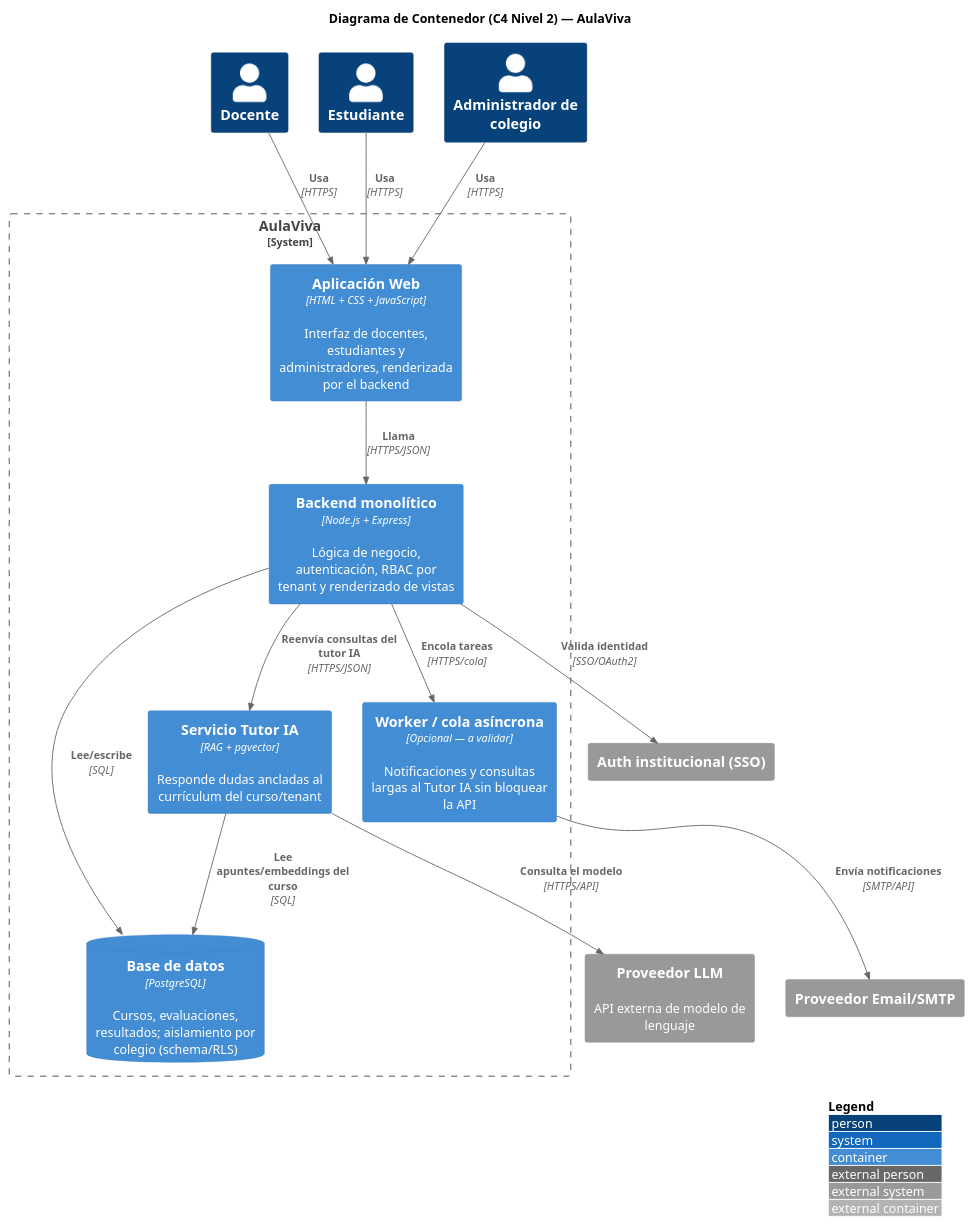
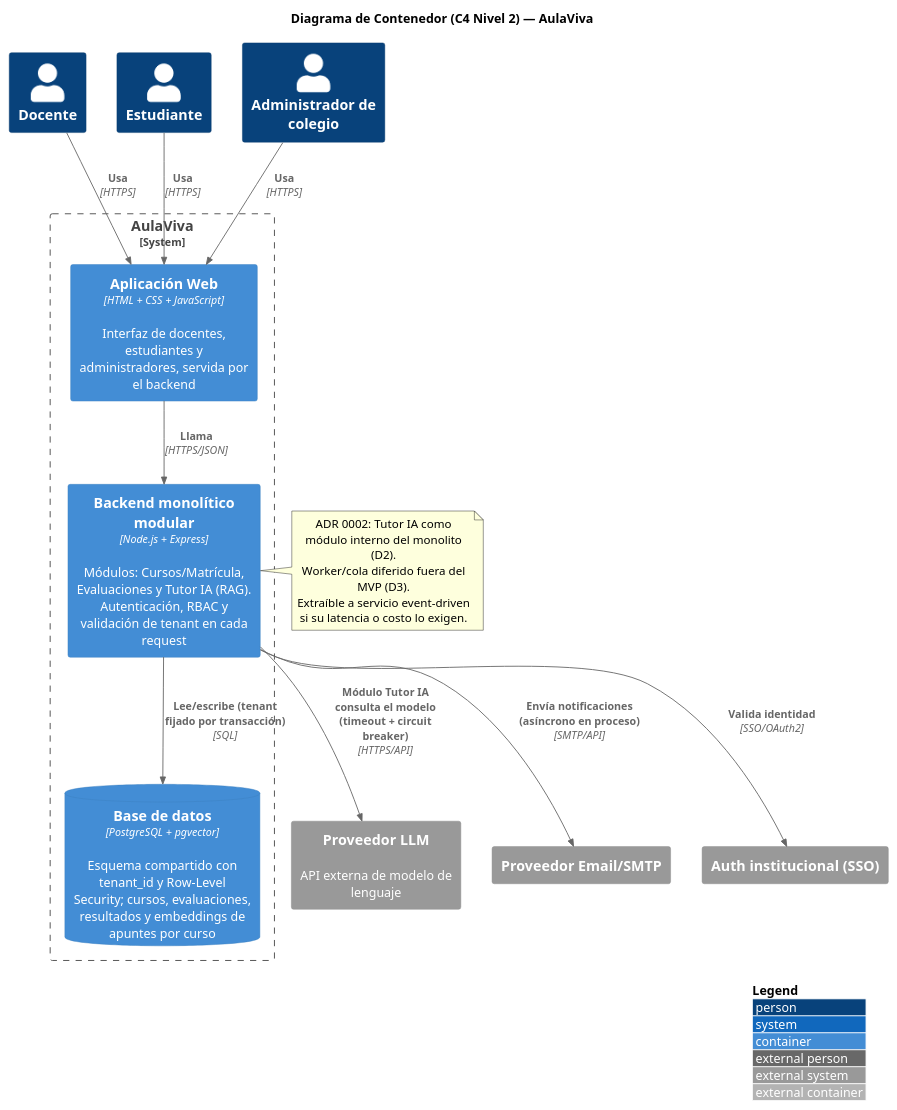
One commit to Erolayer-Cl/FeathersForAll changed the diagram in FeathersForAll/Documentos/c4/l2-container.puml. Above: the diagram before and after it, drawn with PlantUML. The commit also changed 6 other files, not shown here.

```diff
--- a/FeathersForAll/Documentos/c4/l2-container.puml
+++ b/FeathersForAll/Documentos/c4/l2-container.puml
@@ -1,37 +1,38 @@
 @startuml l2-container
 !include https://raw.githubusercontent.com/plantuml-stdlib/C4-PlantUML/master/C4_Container.puml
 
 LAYOUT_WITH_LEGEND()
 
 title Diagrama de Contenedor (C4 Nivel 2) — AulaViva
 
 Person(docente, "Docente")
 Person(estudiante, "Estudiante")
 Person(admin, "Administrador de colegio")
 
 System_Boundary(aulaviva, "AulaViva") {
-  Container(web, "Aplicación Web", "HTML + CSS + JavaScript", "Interfaz de docentes, estudiantes y administradores, renderizada por el backend")
-  Container(api, "Backend monolítico", "Node.js + Express", "Lógica de negocio, autenticación, RBAC por tenant y renderizado de vistas")
-  ContainerDb(db, "Base de datos", "PostgreSQL", "Cursos, evaluaciones, resultados; aislamiento por colegio (schema/RLS)")
-  Container(tutor, "Servicio Tutor IA", "RAG + pgvector", "Responde dudas ancladas al currículum del curso/tenant")
-  Container(worker, "Worker / cola asíncrona", "Opcional — a validar", "Notificaciones y consultas largas al Tutor IA sin bloquear la API")
+  Container(web, "Aplicación Web", "HTML + CSS + JavaScript", "Interfaz de docentes, estudiantes y administradores, servida por el backend")
+  Container(api, "Backend monolítico modular", "Node.js + Express", "Módulos: Cursos/Matrícula, Evaluaciones y Tutor IA (RAG). Autenticación, RBAC y validación de tenant en cada request")
+  ContainerDb(db, "Base de datos", "PostgreSQL + pgvector", "Esquema compartido con tenant_id y Row-Level Security; cursos, evaluaciones, resultados y embeddings de apuntes por curso")
 }
 
 System_Ext(llm, "Proveedor LLM", "API externa de modelo de lenguaje")
 System_Ext(email, "Proveedor Email/SMTP")
 System_Ext(auth, "Auth institucional (SSO)")
 
 Rel(docente, web, "Usa", "HTTPS")
 Rel(estudiante, web, "Usa", "HTTPS")
 Rel(admin, web, "Usa", "HTTPS")
 
 Rel(web, api, "Llama", "HTTPS/JSON")
-Rel(api, db, "Lee/escribe", "SQL")
-Rel(api, tutor, "Reenvía consultas del tutor IA", "HTTPS/JSON")
-Rel(api, worker, "Encola tareas", "HTTPS/cola")
-Rel(tutor, db, "Lee apuntes/embeddings del curso", "SQL")
-Rel(tutor, llm, "Consulta el modelo", "HTTPS/API")
-Rel(worker, email, "Envía notificaciones", "SMTP/API")
+Rel(api, db, "Lee/escribe (tenant fijado por transacción)", "SQL")
+Rel(api, llm, "Módulo Tutor IA consulta el modelo (timeout + circuit breaker)", "HTTPS/API")
+Rel(api, email, "Envía notificaciones (asíncrono en proceso)", "SMTP/API")
 Rel(api, auth, "Valida identidad", "SSO/OAuth2")
 
+note right of api
+  ADR 0002: Tutor IA como módulo interno del monolito (D2).
+  Worker/cola diferido fuera del MVP (D3).
+  Extraíble a servicio event-driven si su latencia o costo lo exigen.
+end note
+
 @enduml
```
